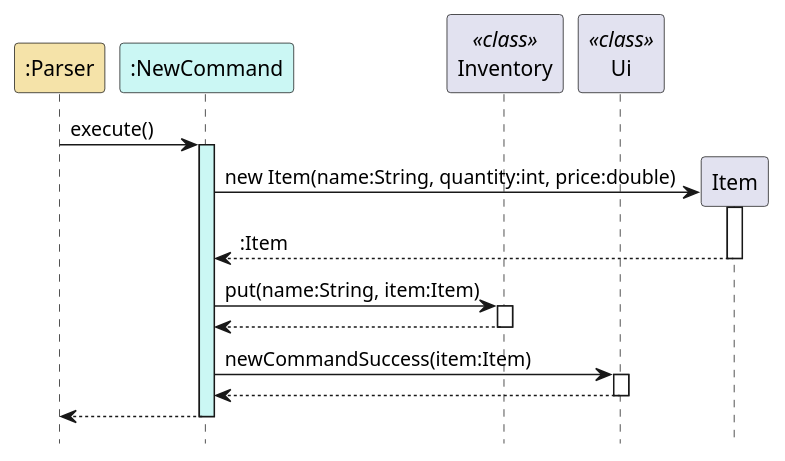
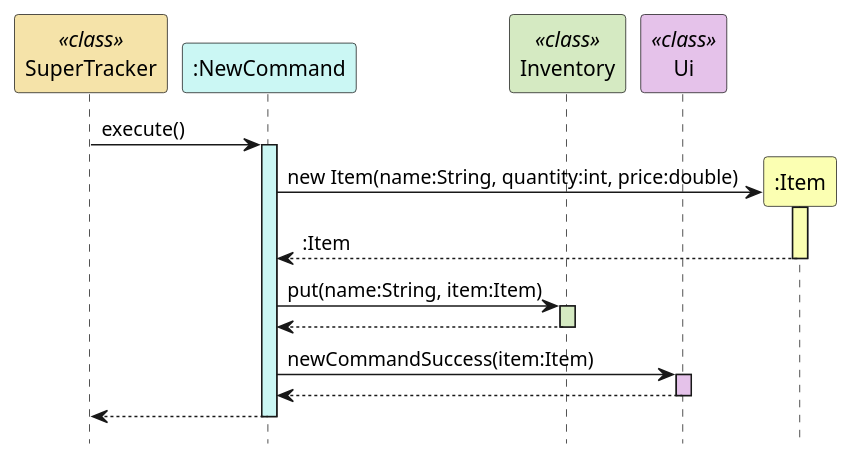
The second of 2 diagrams in docs/uml-diagrams/NewCommand.puml (nus-cs2113-AY2324S2/tp), drawn with PlantUML before and after one commit. The commit also changed 3 other files, not shown here.

```diff
--- a/docs/uml-diagrams/NewCommand.puml
+++ b/docs/uml-diagrams/NewCommand.puml
@@ -50,28 +50,29 @@
 @startuml
 hide footbox
-participant ":Parser" as Parser #f5e3a9
+participant "SuperTracker" as SuperTracker <<class>> #f5e3a9
 participant ":NewCommand" as NewCommand #cbf7f4
-participant "Inventory" as Inventory <<class>>
-participant "Ui" as Ui <<class>>
+participant "Inventory" as Inventory <<class>> #d5eac2
+participant "Ui" as Ui <<class>> #e5c2ea
+participant ":Item" as Item #fbffb2
 
-Parser -> NewCommand : execute()
+SuperTracker -> NewCommand : execute()
 activate NewCommand #cbf7f4
 
 NewCommand -> Item ** : new Item(name:String, quantity:int, price:double)
-activate Item
+activate Item #fbffb2
 Item --> NewCommand : :Item
 deactivate Item
 
 NewCommand -> Inventory : put(name:String, item:Item)
-activate Inventory
+activate Inventory #d5eac2
 Inventory --> NewCommand
 deactivate Inventory
 
 NewCommand -> Ui : newCommandSuccess(item:Item)
-activate Ui
+activate Ui #e5c2ea
 Ui --> NewCommand
 deactivate Ui
 
-NewCommand --> Parser
-deactivate NewCommand #cbf7f4
+NewCommand --> SuperTracker
+deactivate NewCommand
 @enduml
```
